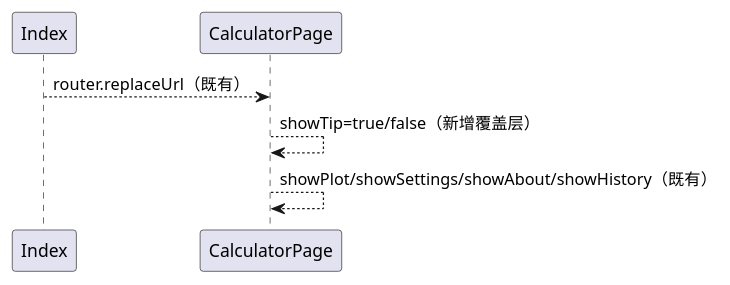
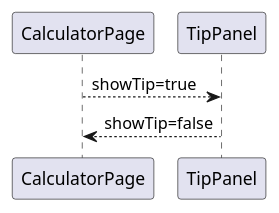
Before and after one commit to calculatorHuawei/agent_workflow: the third of 3 diagrams in specs/changes/20261024-bugfix-tip-calculator/delta-design.md, drawn with PlantUML. The commit also changed other lines of this file and 13 other files, not shown here.

````diff
--- a/specs/changes/20261024-bugfix-tip-calculator/delta-design.md
+++ b/specs/changes/20261024-bugfix-tip-calculator/delta-design.md
@@ -361,7 +184,6 @@
 ```plantuml
 @startuml
-Index --> CalculatorPage : router.replaceUrl（既有）
-CalculatorPage --> CalculatorPage : showTip=true/false（新增覆盖层）
-CalculatorPage --> CalculatorPage : showPlot/showSettings/showAbout/showHistory（既有）
+CalculatorPage --> TipPanel : showTip=true
+TipPanel --> CalculatorPage : showTip=false
 @enduml
 ```
````
